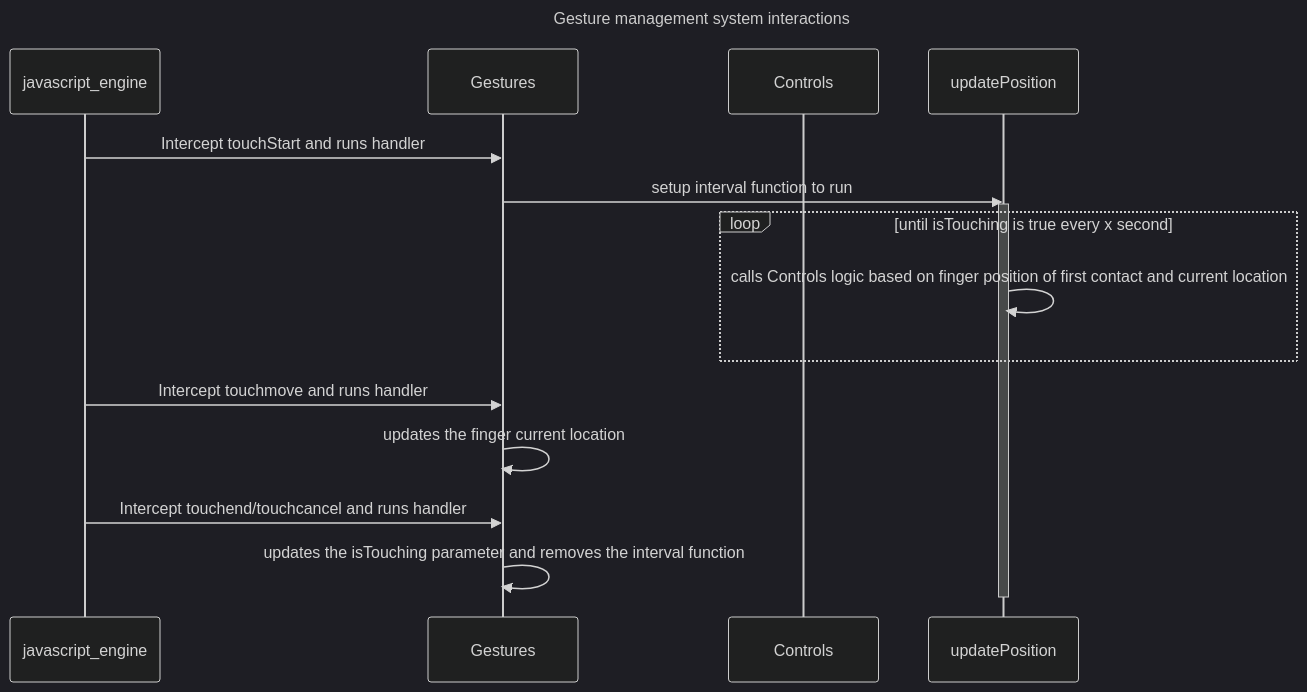
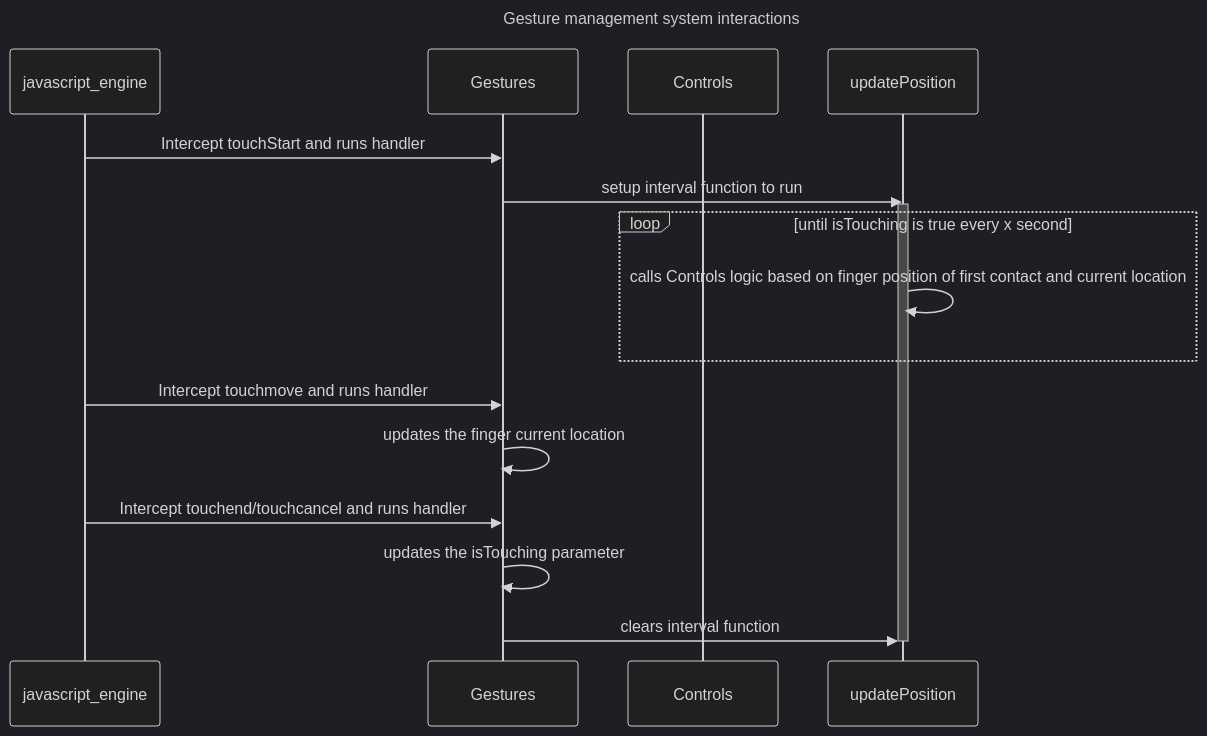
The second of 2 diagrams in report.md (carnivuth/tatodrone), drawn with Mermaid (dark theme) before and after one commit.

Commit message:
updated report

````diff
--- a/report.md
+++ b/report.md
@@ -183,23 +183,24 @@
 ```mermaid
 ---
 title: Gesture management system interactions
 ---
 sequenceDiagram
 participant javascript_engine
 participant Gestures
 participant Controls
 participant updatePosition
 javascript_engine->>Gestures: Intercept touchStart and runs handler
 Gestures->>updatePosition: setup interval function to run
 activate updatePosition
 loop until isTouching is true every x second
     updatePosition ->> updatePosition: calls Controls logic based on finger position of first contact and current location
 end
 
 javascript_engine->>Gestures: Intercept touchmove and runs handler
 Gestures ->> Gestures: updates the finger current location
 
 javascript_engine->>Gestures: Intercept touchend/touchcancel and runs handler
-Gestures ->> Gestures: updates the isTouching parameter and removes the interval function
+Gestures ->> Gestures: updates the isTouching parameter
+Gestures ->> updatePosition: clears interval function
 deactivate updatePosition
 ```
````
